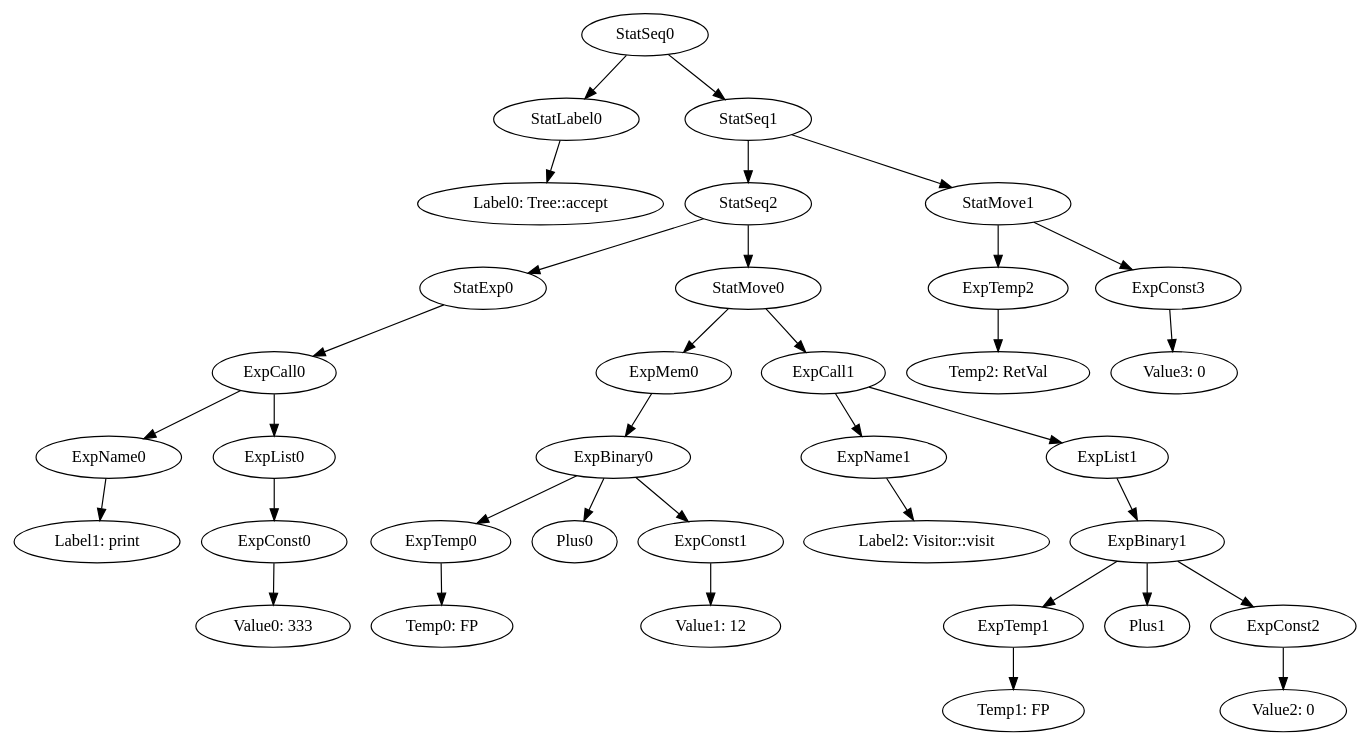
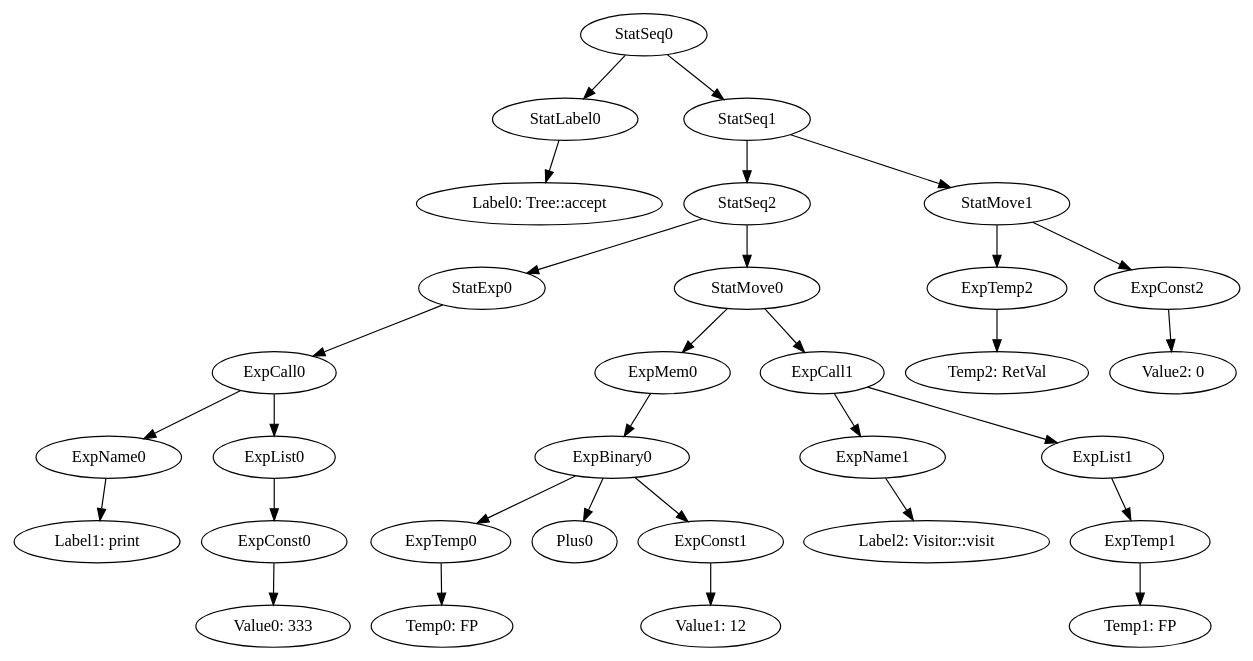
The diagram in MiniJava/results/SamplesCorrect/TreeVisitor/irt_Tree::accept.gv (team-compilers/compilers), drawn with Graphviz before and after one commit. The commit also changed 138 other files, not shown here.

```diff
--- a/MiniJava/results/SamplesCorrect/TreeVisitor/irt_Tree::accept.gv
+++ b/MiniJava/results/SamplesCorrect/TreeVisitor/irt_Tree::accept.gv
@@ -1,37 +1,33 @@
 digraph {
 	ordering = out;
-	ExpConst3 -> "Value3: 0";
+	ExpConst2 -> "Value2: 0";
+	ExpTemp2 -> "Temp2: RetVal";
+	ExpTemp1 -> "Temp1: FP";
+	StatMove0 -> ExpMem0;
+	StatMove0 -> ExpCall1;
+	ExpMem0 -> ExpBinary0;
+	StatMove1 -> ExpTemp2;
+	StatMove1 -> ExpConst2;
+	ExpList1 -> ExpTemp1;
+	ExpName1 -> "Label2: Visitor::visit";
+	ExpConst1 -> "Value1: 12";
+	ExpName0 -> "Label1: print";
+	StatSeq0 -> StatLabel0;
+	StatSeq0 -> StatSeq1;
+	StatSeq1 -> StatSeq2;
+	StatSeq1 -> StatMove1;
+	ExpCall0 -> ExpName0;
+	ExpCall0 -> ExpList0;
+	StatSeq2 -> StatExp0;
+	StatSeq2 -> StatMove0;
+	StatLabel0 -> "Label0: Tree::accept";
+	ExpConst0 -> "Value0: 333";
+	ExpCall1 -> ExpName1;
+	ExpCall1 -> ExpList1;
+	ExpList0 -> ExpConst0;
+	StatExp0 -> ExpCall0;
+	ExpTemp0 -> "Temp0: FP";
 	ExpBinary0 -> ExpTemp0;
 	ExpBinary0 -> Plus0;
 	ExpBinary0 -> ExpConst1;
-	ExpTemp0 -> "Temp0: FP";
-	StatExp0 -> ExpCall0;
-	ExpList0 -> ExpConst0;
-	ExpCall1 -> ExpName1;
-	ExpCall1 -> ExpList1;
-	ExpConst0 -> "Value0: 333";
-	StatLabel0 -> "Label0: Tree::accept";
-	StatSeq2 -> StatExp0;
-	StatSeq2 -> StatMove0;
-	ExpCall0 -> ExpName0;
-	ExpCall0 -> ExpList0;
-	ExpName0 -> "Label1: print";
-	StatSeq1 -> StatSeq2;
-	StatSeq1 -> StatMove1;
-	ExpConst1 -> "Value1: 12";
-	ExpName1 -> "Label2: Visitor::visit";
-	StatMove1 -> ExpTemp2;
-	StatMove1 -> ExpConst3;
-	ExpList1 -> ExpBinary1;
-	ExpMem0 -> ExpBinary0;
-	ExpBinary1 -> ExpTemp1;
-	ExpBinary1 -> Plus1;
-	ExpBinary1 -> ExpConst2;
-	StatMove0 -> ExpMem0;
-	StatMove0 -> ExpCall1;
-	StatSeq0 -> StatLabel0;
-	StatSeq0 -> StatSeq1;
-	ExpTemp1 -> "Temp1: FP";
-	ExpConst2 -> "Value2: 0";
-	ExpTemp2 -> "Temp2: RetVal";
 }
```
